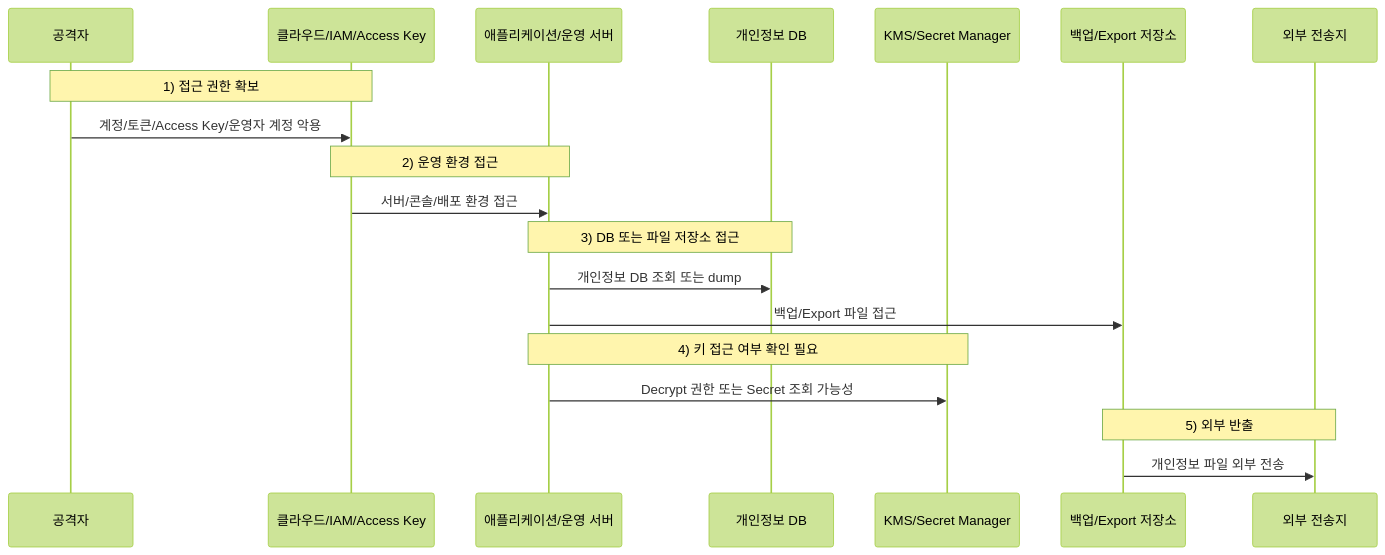
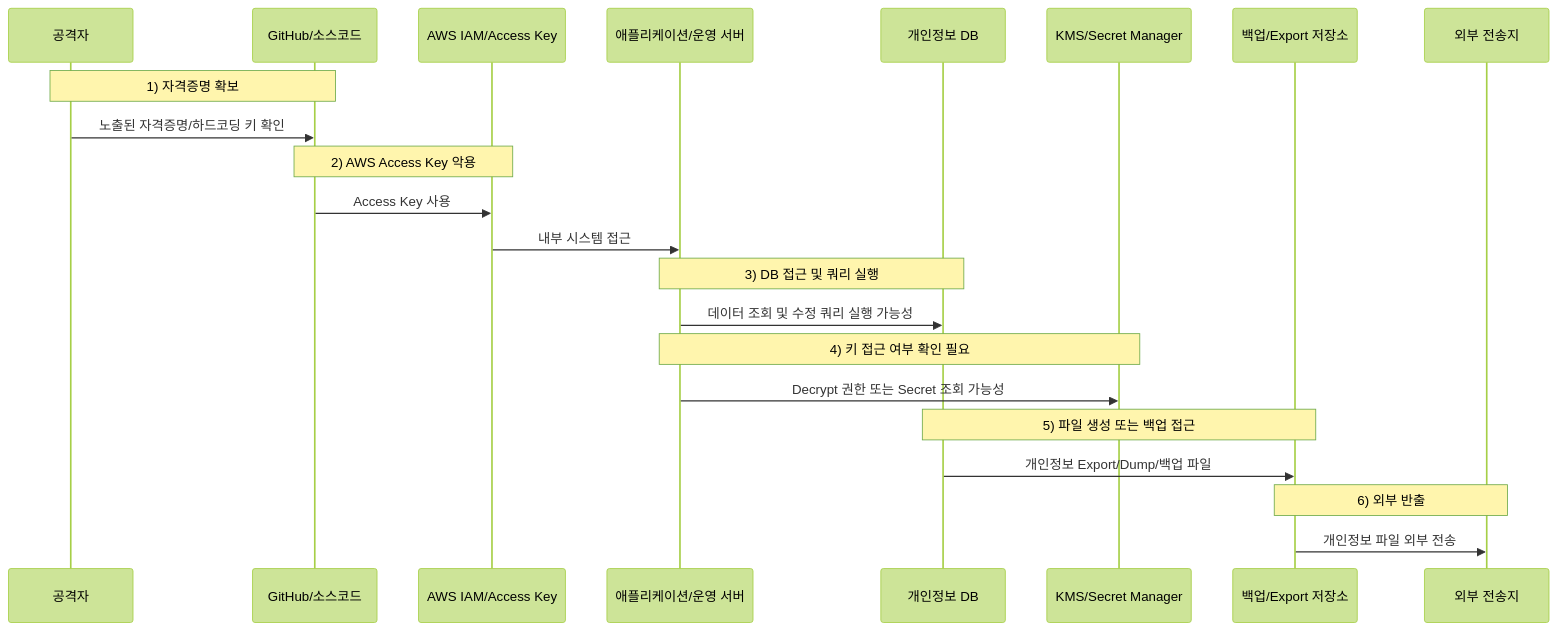
Before and after one commit to qubitsec/blog: the second of 2 diagrams in content/ko/threats/case-cj-tving.md, drawn with Mermaid (forest theme). The commit also changed other lines of this file, not shown here.

````diff
--- a/content/ko/threats/case-cj-tving.md
+++ b/content/ko/threats/case-cj-tving.md
@@ -509,26 +652,30 @@
 ```mermaid
 sequenceDiagram
     participant Attacker as 공격자
-    participant IAM as 클라우드/IAM/Access Key
+    participant GitHub as GitHub/소스코드
+    participant IAM as AWS IAM/Access Key
     participant App as 애플리케이션/운영 서버
     participant DB as 개인정보 DB
     participant KMS as KMS/Secret Manager
     participant Storage as 백업/Export 저장소
     participant External as 외부 전송지
 
-    Note over Attacker, IAM: 1) 접근 권한 확보
-    Attacker->>IAM: 계정/토큰/Access Key/운영자 계정 악용
+    Note over Attacker, GitHub: 1) 자격증명 확보
+    Attacker->>GitHub: 노출된 자격증명/하드코딩 키 확인
 
-    Note over IAM, App: 2) 운영 환경 접근
-    IAM->>App: 서버/콘솔/배포 환경 접근
+    Note over GitHub, IAM: 2) AWS Access Key 악용
+    GitHub->>IAM: Access Key 사용
+    IAM->>App: 내부 시스템 접근
 
-    Note over App, DB: 3) DB 또는 파일 저장소 접근
-    App->>DB: 개인정보 DB 조회 또는 dump
-    App->>Storage: 백업/Export 파일 접근
+    Note over App, DB: 3) DB 접근 및 쿼리 실행
+    App->>DB: 데이터 조회 및 수정 쿼리 실행 가능성
 
     Note over App, KMS: 4) 키 접근 여부 확인 필요
     App->>KMS: Decrypt 권한 또는 Secret 조회 가능성
 
-    Note over Storage, External: 5) 외부 반출
+    Note over DB, Storage: 5) 파일 생성 또는 백업 접근
+    DB->>Storage: 개인정보 Export/Dump/백업 파일
+
+    Note over Storage, External: 6) 외부 반출
     Storage->>External: 개인정보 파일 외부 전송
 ```
````
